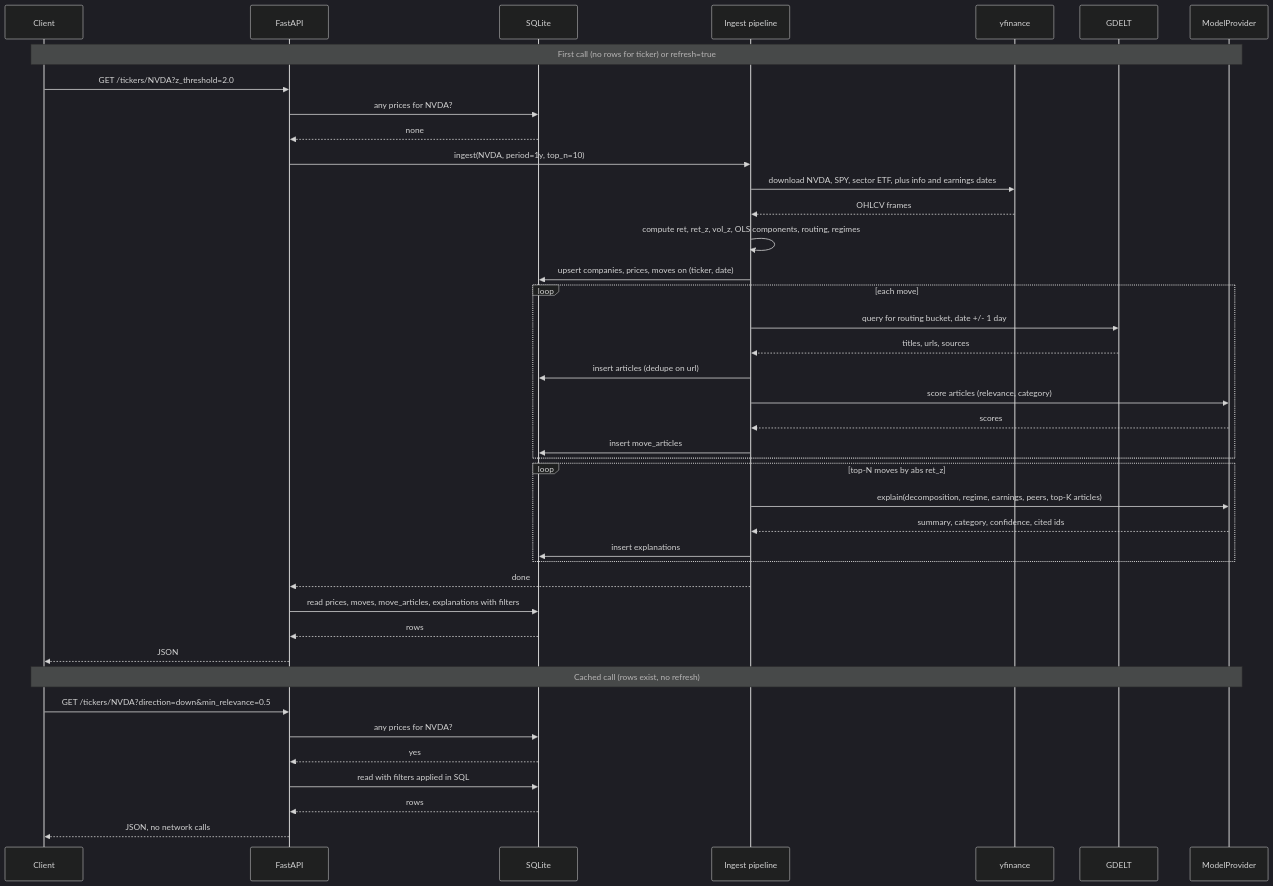
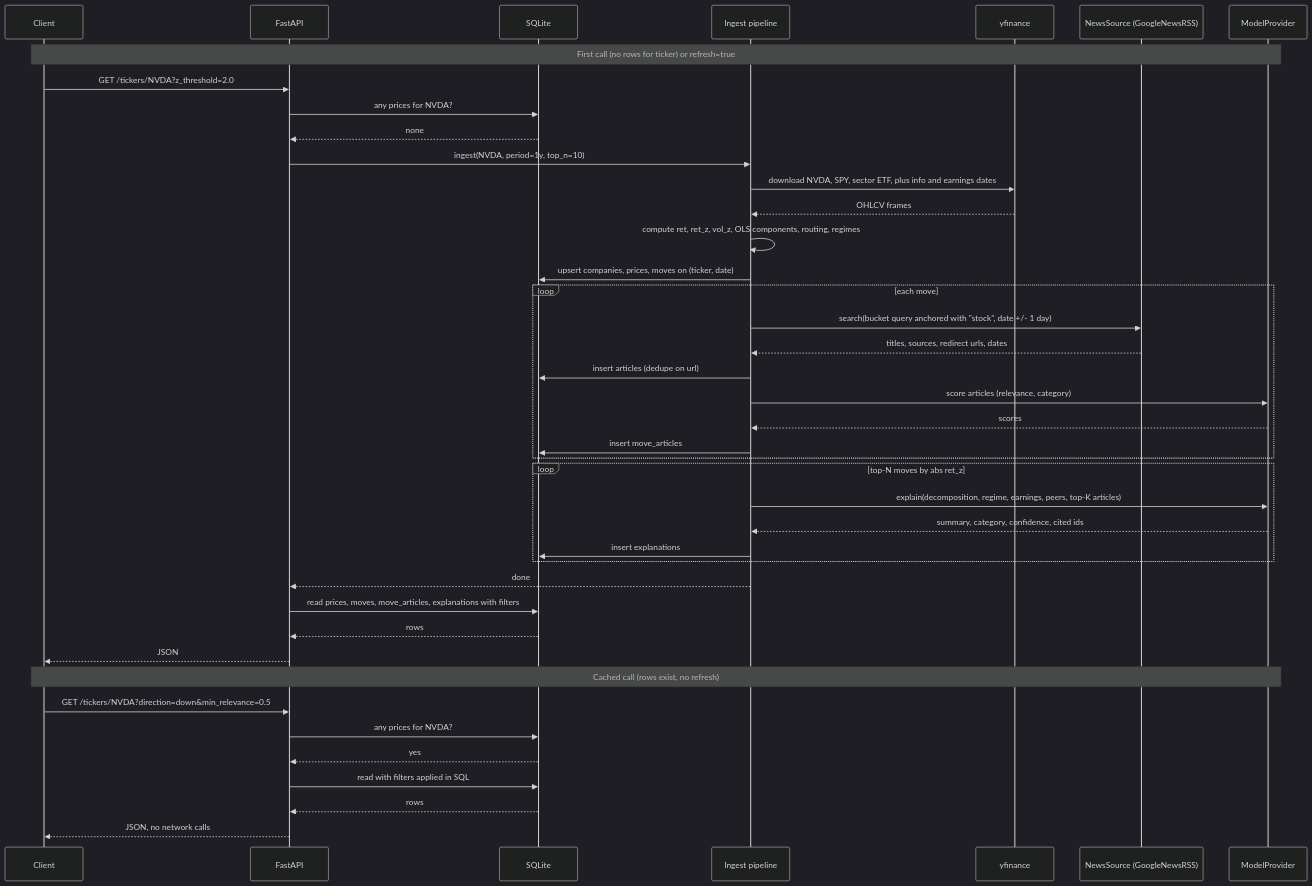
Before and after one commit to nathesh/TNP_stock_move_explainer: the second of 3 diagrams in docs/architecture-v1.md, drawn with Mermaid (dark theme). The commit also changed other lines of this file and 3 other files, not shown here.

Commit message:
Architecture docs v1/v2, v1 plan and task DAG

````diff
--- a/docs/architecture-v1.md
+++ b/docs/architecture-v1.md
@@ -74,45 +78,45 @@
 ```mermaid
 sequenceDiagram
   participant C as Client
   participant A as FastAPI
   participant DB as SQLite
   participant I as Ingest pipeline
   participant Y as yfinance
-  participant G as GDELT
+  participant N as NewsSource (GoogleNewsRSS)
   participant M as ModelProvider
 
   Note over C,M: First call (no rows for ticker) or refresh=true
   C->>A: GET /tickers/NVDA?z_threshold=2.0
   A->>DB: any prices for NVDA?
   DB-->>A: none
   A->>I: ingest(NVDA, period=1y, top_n=10)
   I->>Y: download NVDA, SPY, sector ETF, plus info and earnings dates
   Y-->>I: OHLCV frames
   I->>I: compute ret, ret_z, vol_z, OLS components, routing, regimes
   I->>DB: upsert companies, prices, moves on (ticker, date)
   loop each move
-    I->>G: query for routing bucket, date +/- 1 day
-    G-->>I: titles, urls, sources
+    I->>N: search(bucket query anchored with "stock", date +/- 1 day)
+    N-->>I: titles, sources, redirect urls, dates
     I->>DB: insert articles (dedupe on url)
     I->>M: score articles (relevance, category)
     M-->>I: scores
     I->>DB: insert move_articles
   end
   loop top-N moves by abs ret_z
     I->>M: explain(decomposition, regime, earnings, peers, top-K articles)
     M-->>I: summary, category, confidence, cited ids
     I->>DB: insert explanations
   end
   I-->>A: done
   A->>DB: read prices, moves, move_articles, explanations with filters
   DB-->>A: rows
   A-->>C: JSON
 
   Note over C,M: Cached call (rows exist, no refresh)
   C->>A: GET /tickers/NVDA?direction=down&min_relevance=0.5
   A->>DB: any prices for NVDA?
   DB-->>A: yes
   A->>DB: read with filters applied in SQL
   DB-->>A: rows
   A-->>C: JSON, no network calls
 ```
````
